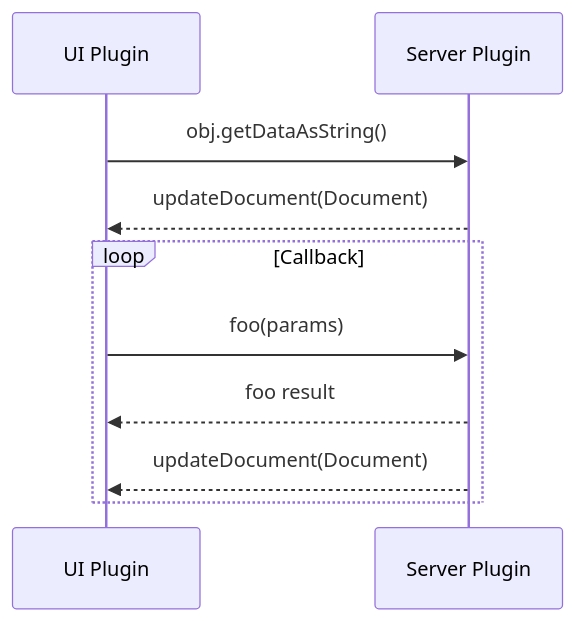
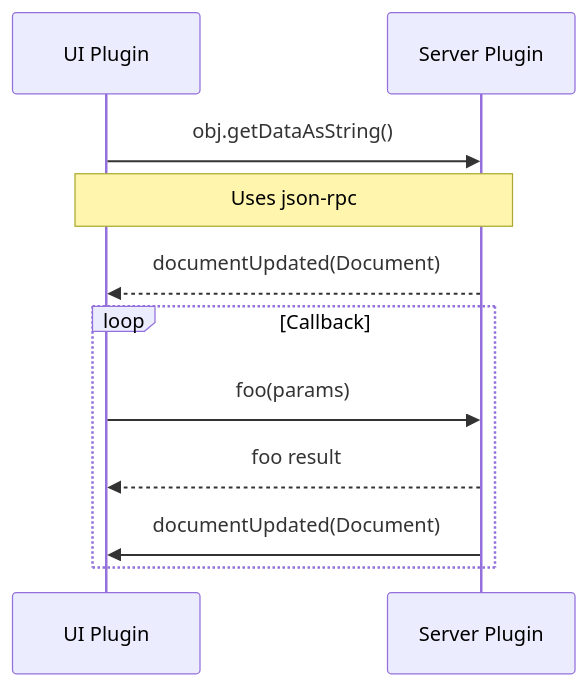
Before and after one commit to deephaven/deephaven-plugins: the second of 2 diagrams in plugins/ui/DESIGN.md, drawn with Mermaid. The commit also changed other lines of this file and 5 other files, not shown here.

Commit message:
Add more architecture diagram

````diff
--- a/plugins/ui/DESIGN.md
+++ b/plugins/ui/DESIGN.md
@@ -1044,15 +1044,15 @@
 ```mermaid
 sequenceDiagram
   participant UIP as UI Plugin
   participant SP as Server Plugin
 
   UIP->>SP: obj.getDataAsString()
-  SP-->>UIP: updateDocument(Document)
+    Note over UIP, SP: Uses json-rpc
+  SP-->>UIP: documentUpdated(Document)
 
   loop Callback
     UIP->>SP: foo(params)
     SP-->>UIP: foo result
-
-    SP-->>UIP: updateDocument(Document)
+    SP->>UIP: documentUpdated(Document)
   end
 ```
````
